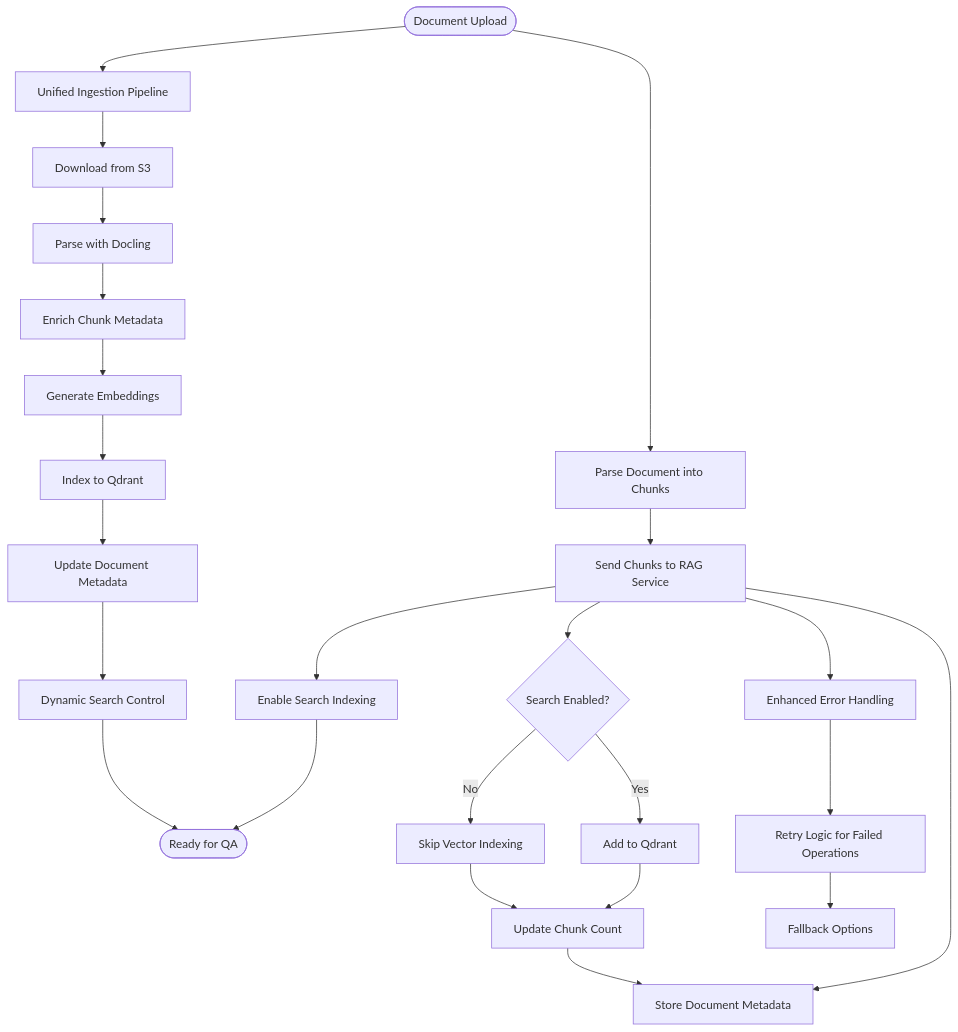
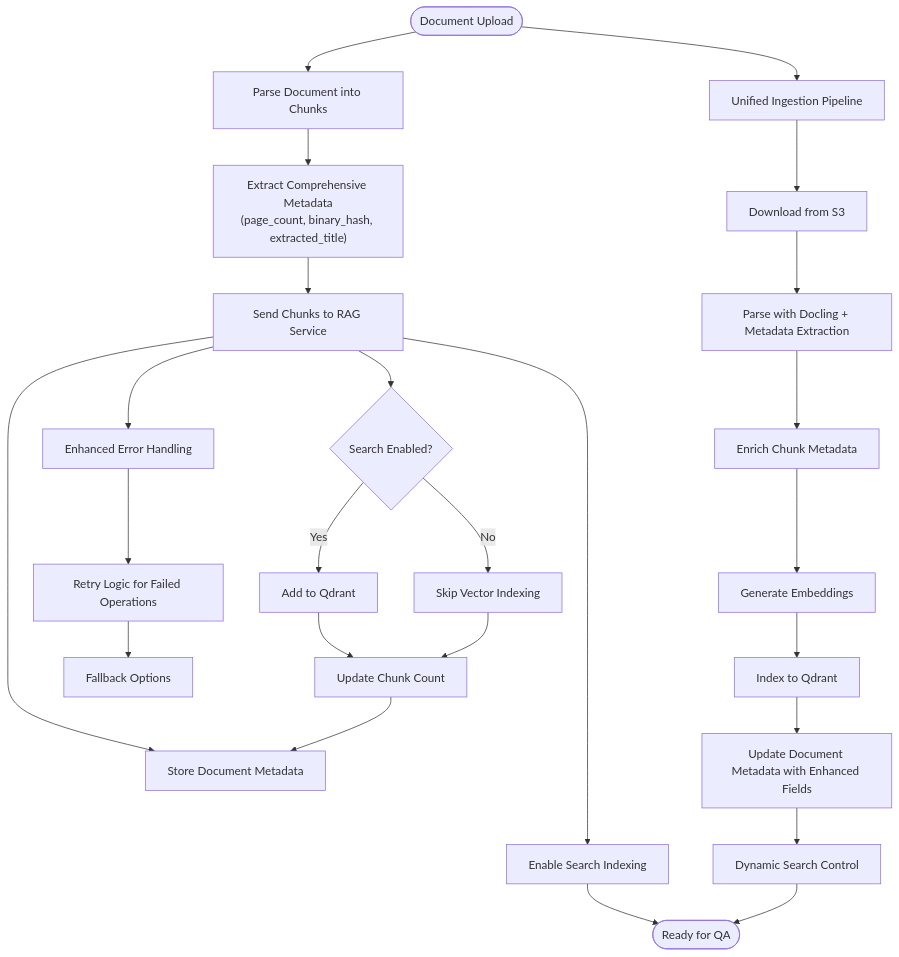
One commit to ognelis/cafetera_hr_bot changed the seventh of 13 diagrams in .qoder/repowiki/en/content/API Reference/RAG Client Integration.md. Above: the diagram before and after it, drawn with Mermaid. The commit also changed other lines of this file and 9 other files, not shown here.

````diff
--- a/.qoder/repowiki/en/content/API Reference/RAG Client Integration.md
+++ b/.qoder/repowiki/en/content/API Reference/RAG Client Integration.md
@@ -303,26 +322,27 @@
 ```mermaid
 flowchart TD
 Start([Document Upload]) --> ParseChunks["Parse Document into Chunks"]
-ParseChunks --> IndexChunks["Send Chunks to RAG Service"]
+ParseChunks --> ExtractMetadata["Extract Comprehensive Metadata<br/>(page_count, binary_hash, extracted_title)"]
+ExtractMetadata --> IndexChunks["Send Chunks to RAG Service"]
 IndexChunks --> StoreMetadata["Store Document Metadata"]
 IndexChunks --> EnableSearch["Enable Search Indexing"]
 EnableSearch --> End([Ready for QA])
 IndexChunks --> CheckSearch{"Search Enabled?"}
 CheckSearch --> |Yes| AddToVectorDB["Add to Qdrant"]
 CheckSearch --> |No| SkipIndexing["Skip Vector Indexing"]
 AddToVectorDB --> UpdateCount["Update Chunk Count"]
 SkipIndexing --> UpdateCount
 UpdateCount --> StoreMetadata
 IndexChunks --> ErrorHandling["Enhanced Error Handling"]
 ErrorHandling --> RetryLogic["Retry Logic for Failed Operations"]
 RetryLogic --> FallbackOptions["Fallback Options"]
 Start --> UnifiedIngest["Unified Ingestion Pipeline"]
 UnifiedIngest --> S3Download["Download from S3"]
-S3Download --> ParseDoc["Parse with Docling"]
+S3Download --> ParseDoc["Parse with Docling + Metadata Extraction"]
 ParseDoc --> EnrichChunks["Enrich Chunk Metadata"]
 EnrichChunks --> EmbedChunks["Generate Embeddings"]
 EmbedChunks --> IndexQdrant["Index to Qdrant"]
-IndexQdrant --> UpdateMetadata["Update Document Metadata"]
+IndexQdrant --> UpdateMetadata["Update Document Metadata with Enhanced Fields"]
 UpdateMetadata --> SearchToggle["Dynamic Search Control"]
 SearchToggle --> End
 ```
````
